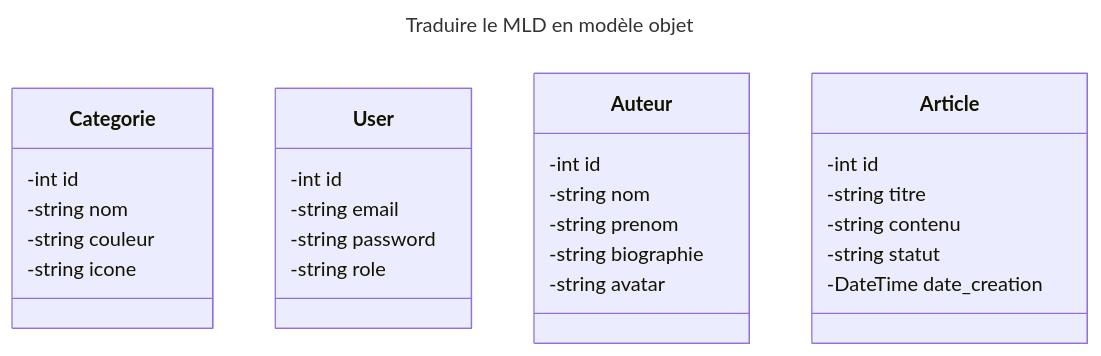
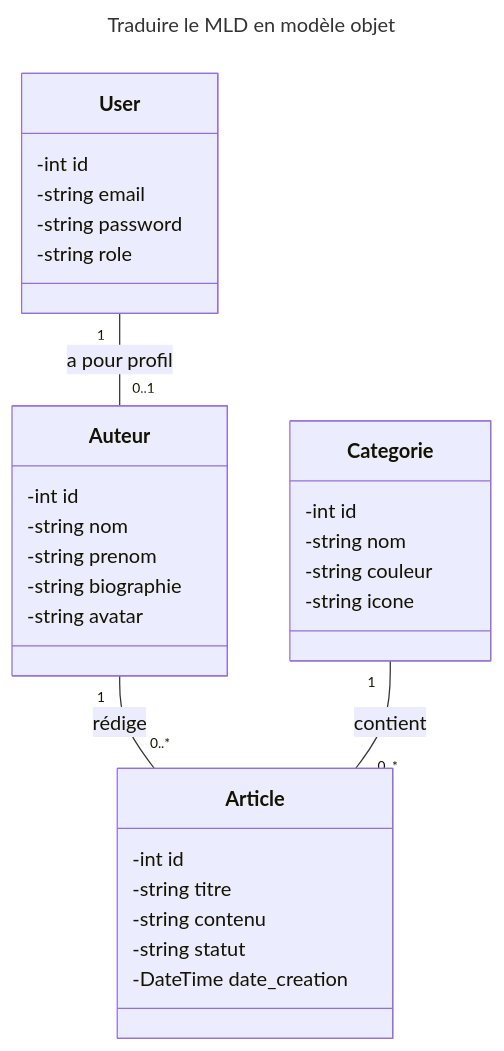
Before and after one commit to elfaquihiayoub/mobile-projet-fil-rouge: the diagram in conception/classes.mmd, drawn with Mermaid.

Commit message:
Update class diagram to define relationships between User, Auteur, and Article classes

```diff
--- a/conception/classes.mmd
+++ b/conception/classes.mmd
@@ -1,33 +1,36 @@
 ---
 title: Traduire le MLD en modèle objet
 ---
 classDiagram
     class Categorie {
         -int id
         -string nom
         -string couleur
         -string icone
     }
     
     class User {
         -int id
         -string email
         -string password
         -string role
     }
     
     class Auteur {
         -int id
         -string nom
         -string prenom
         -string biographie
         -string avatar
     }
     
     class Article {
         -int id
         -string titre
         -string contenu
         -string statut
         -DateTime date_creation
     }
+     User "1" -- "0..1" Auteur : a pour profil
+    Auteur "1" -- "0..*" Article : rédige
+    Categorie "1" -- "0..*" Article : contient
```
